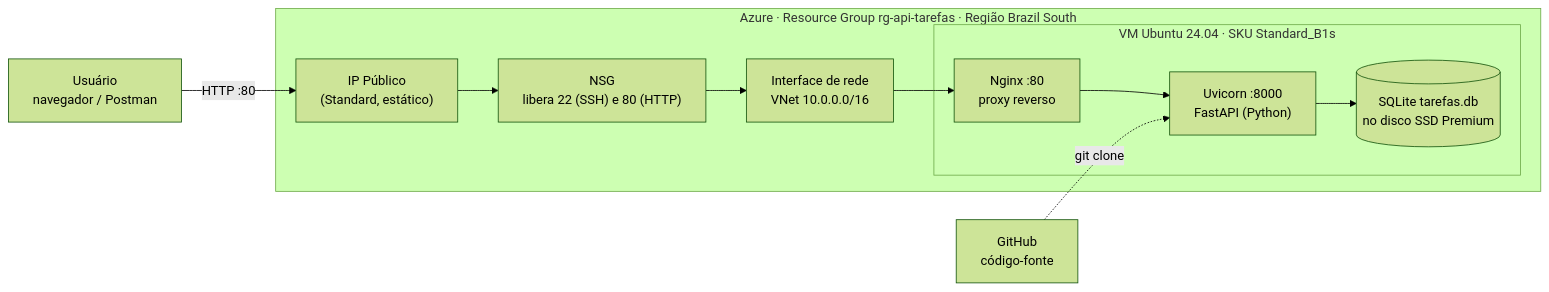
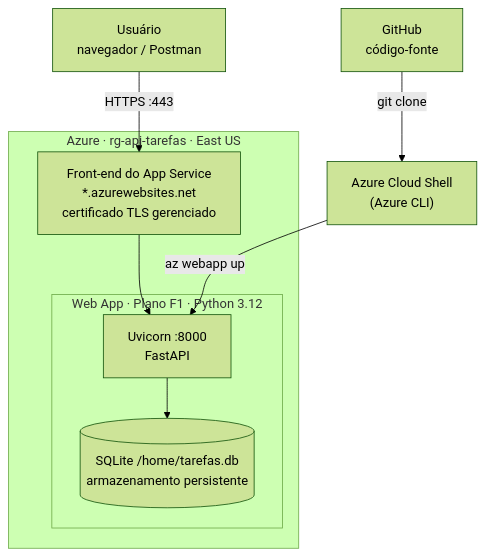
The diagram in docs/diagramas/arquitetura.mmd (be34rpolar/api-tarefas-azure), drawn with Mermaid (forest theme) before and after one commit. The commit also changed 8 other files, not shown here.

```diff
--- a/docs/diagramas/arquitetura.mmd
+++ b/docs/diagramas/arquitetura.mmd
@@ -1,14 +1,12 @@
-flowchart LR
-    U["Usuário<br/>navegador / Postman"] -->|"HTTP :80"| IP["IP Público<br/>(Standard, estático)"]
+flowchart TB
+    U["Usuário<br/>navegador / Postman"] -->|"HTTPS :443"| FE["Front-end do App Service<br/>*.azurewebsites.net<br/>certificado TLS gerenciado"]
 
-    subgraph AZ["Azure · Resource Group rg-api-tarefas · Região Brazil South"]
-        IP --> NSG["NSG<br/>libera 22 (SSH) e 80 (HTTP)"]
-        NSG --> NIC["Interface de rede<br/>VNet 10.0.0.0/16"]
-        subgraph VM["VM Ubuntu 24.04 · SKU Standard_B1s"]
-            NG["Nginx :80<br/>proxy reverso"] --> UV["Uvicorn :8000<br/>FastAPI (Python)"]
-            UV --> DB[("SQLite tarefas.db<br/>no disco SSD Premium")]
+    subgraph AZ["Azure · rg-api-tarefas · East US"]
+        FE --> UV
+        subgraph APP["Web App · Plano F1 · Python 3.12"]
+            UV["Uvicorn :8000<br/>FastAPI"] --> DB[("SQLite /home/tarefas.db<br/>armazenamento persistente")]
         end
-        NIC --> NG
     end
 
-    GH["GitHub<br/>código-fonte"] -.->|"git clone"| UV
+    GH["GitHub<br/>código-fonte"] -->|"git clone"| CS["Azure Cloud Shell<br/>(Azure CLI)"]
+    CS -->|"az webapp up"| UV
```
